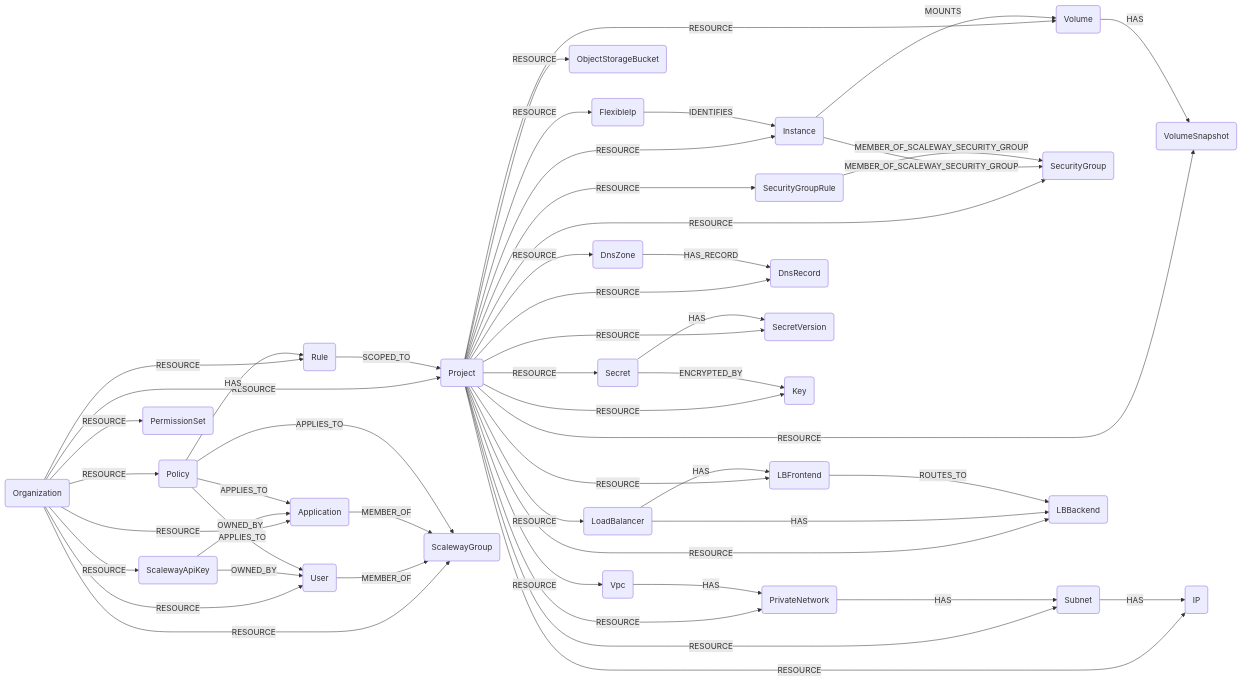
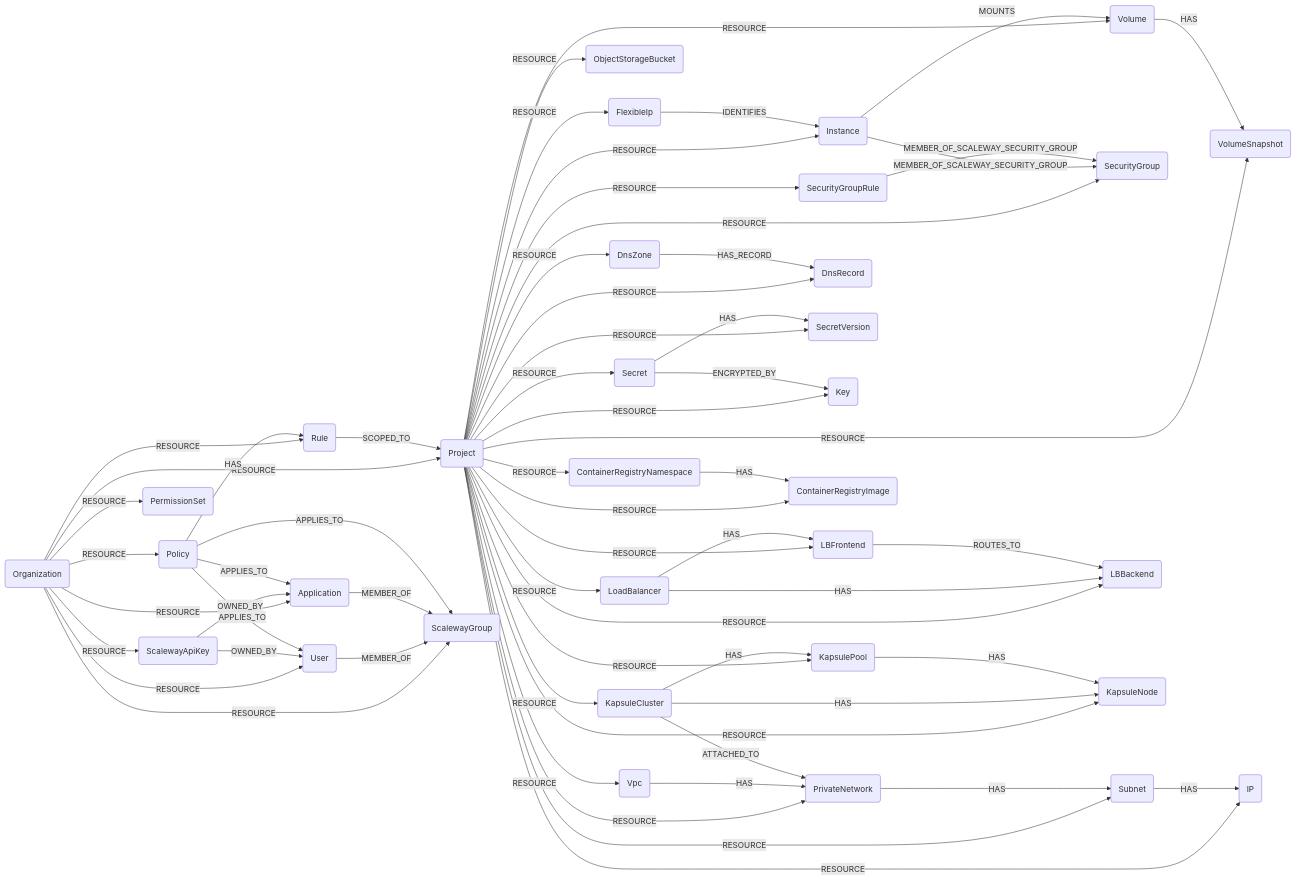
Before and after one commit to sec-js/cartography: the diagram in docs/root/modules/scaleway/schema.md, drawn with Mermaid. The commit also changed other lines of this file and 18 other files, not shown here.

First line of the commit message:
feat(scaleway): add Kapsule (Kubernetes) and Container Registry coverage (#2967)

````diff
--- a/docs/root/modules/scaleway/schema.md
+++ b/docs/root/modules/scaleway/schema.md
@@ -3,53 +3,63 @@
 ```mermaid
 graph LR
 ORG(Organization) -- RESOURCE --> PRJ(Project)
 ORG -- RESOURCE --> APP(Application)
 ORG -- RESOURCE --> USR(User)
 ORG -- RESOURCE --> GRP(ScalewayGroup)
 ORG -- RESOURCE --> APIKEY(ScalewayApiKey)
 ORG -- RESOURCE --> POL(Policy)
 ORG -- RESOURCE --> RULE(Rule)
 ORG -- RESOURCE --> PS(PermissionSet)
 PRJ -- RESOURCE --> INS(Instance)
 PRJ -- RESOURCE --> FIP(FlexibleIp)
 PRJ -- RESOURCE --> VOL(Volume)
 PRJ -- RESOURCE --> SNAP(VolumeSnapshot)
 PRJ -- RESOURCE --> SG(SecurityGroup)
 PRJ -- RESOURCE --> SGR(SecurityGroupRule)
 PRJ -- RESOURCE --> BKT(ObjectStorageBucket)
 PRJ -- RESOURCE --> VPC(Vpc)
 PRJ -- RESOURCE --> PN(PrivateNetwork)
 PRJ -- RESOURCE --> SUB(Subnet)
 PRJ -- RESOURCE --> IP(IP)
 PRJ -- RESOURCE --> LB(LoadBalancer)
 PRJ -- RESOURCE --> FE(LBFrontend)
 PRJ -- RESOURCE --> BE(LBBackend)
 PRJ -- RESOURCE --> DZ(DnsZone)
 PRJ -- RESOURCE --> DR(DnsRecord)
 PRJ -- RESOURCE --> SEC(Secret)
 PRJ -- RESOURCE --> SV(SecretVersion)
 PRJ -- RESOURCE --> KEY(Key)
+PRJ -- RESOURCE --> KC(KapsuleCluster)
+PRJ -- RESOURCE --> KP(KapsulePool)
+PRJ -- RESOURCE --> KN(KapsuleNode)
+PRJ -- RESOURCE --> CRN(ContainerRegistryNamespace)
+PRJ -- RESOURCE --> CRI(ContainerRegistryImage)
 INS -- MOUNTS --> VOL
 INS -- MEMBER_OF_SCALEWAY_SECURITY_GROUP --> SG
 SGR -- MEMBER_OF_SCALEWAY_SECURITY_GROUP --> SG
 FIP -- IDENTIFIES --> INS
 VOL -- HAS --> SNAP
 VPC -- HAS --> PN
 PN -- HAS --> SUB
 SUB -- HAS --> IP
 LB -- HAS --> FE
 LB -- HAS --> BE
 FE -- ROUTES_TO --> BE
 DZ -- HAS_RECORD --> DR
 SEC -- HAS --> SV
 SEC -- ENCRYPTED_BY --> KEY
+KC -- HAS --> KP
+KC -- HAS --> KN
+KP -- HAS --> KN
+KC -- ATTACHED_TO --> PN
+CRN -- HAS --> CRI
 USR -- MEMBER_OF --> GRP(ScalewayGroup)
 APIKEY(ScalewayApiKey) -- OWNED_BY --> USR
 APP -- MEMBER_OF --> GRP(ScalewayGroup)
 APIKEY -- OWNED_BY --> APP
 POL -- APPLIES_TO --> USR
 POL -- APPLIES_TO --> GRP
 POL -- APPLIES_TO --> APP
 POL -- HAS --> RULE(Rule)
 RULE -- SCOPED_TO --> PRJ
 ```
````
